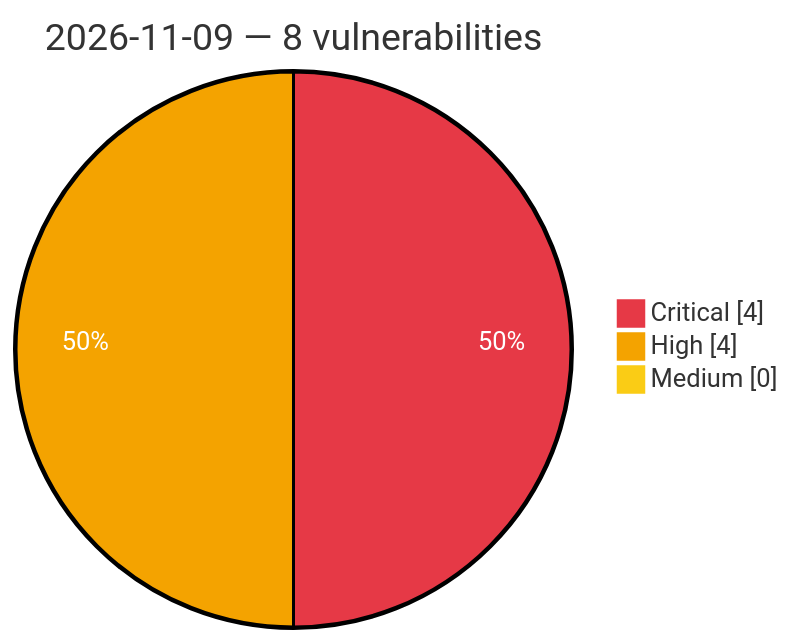
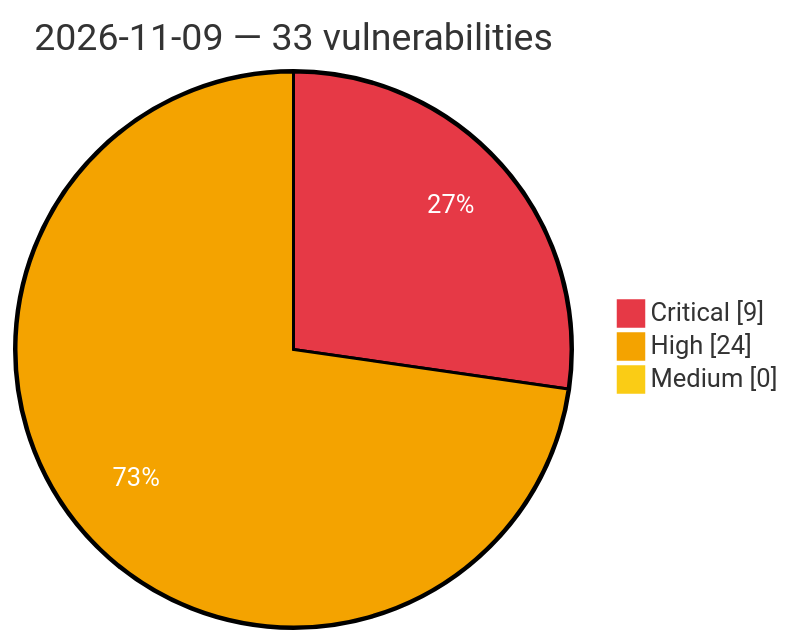
Before and after one commit to GhostX0X/vuln-tracker: the diagram in vulnerabilities/2026/November/2026-11-09.md, drawn with Mermaid. The commit also changed other lines of this file and 5 other files, not shown here.

Commit message:
Auto update: critical/high vulns (2026-11-09 19:47 UTC)

````diff
--- a/vulnerabilities/2026/November/2026-11-09.md
+++ b/vulnerabilities/2026/November/2026-11-09.md
@@ -3,8 +3,8 @@
 ```mermaid
 %%{init: {'theme':'base', 'themeVariables': {'pie1':'#e63946', 'pie2':'#f4a300', 'pie3':'#facc15', 'pieOpacity':'1', 'pieOuterStrokeWidth':'2px', 'pieSectionTextColor':'#ffffff'}}}%%
 pie showData
-    title 2026-11-09 — 8 vulnerabilities
-    "Critical" : 4
-    "High" : 4
+    title 2026-11-09 — 33 vulnerabilities
+    "Critical" : 9
+    "High" : 24
     "Medium" : 0
 ```
````
